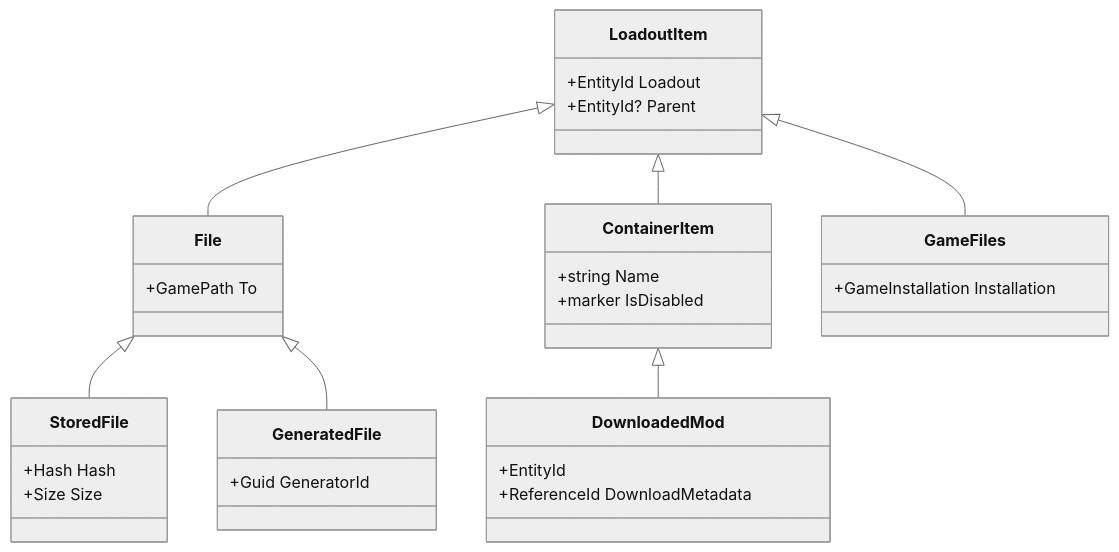
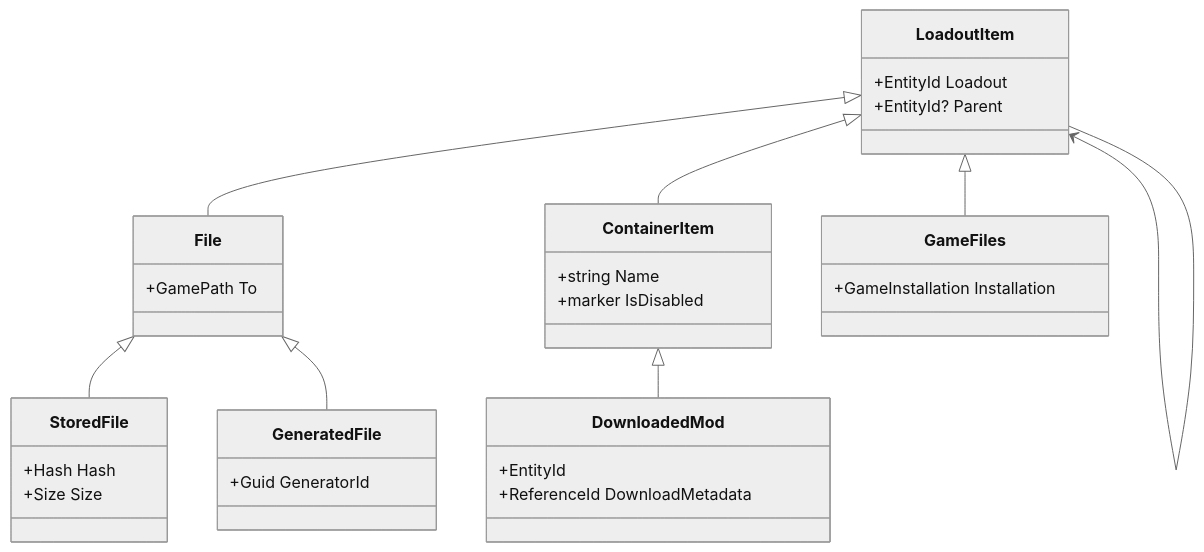
Before and after one commit to Nexus-Mods/NexusMods.App: the diagram in docs/developers/decisions/backend/0014-loadout-items.md, drawn with Mermaid (neutral theme).

Commit message:
Make loadout item recursive so it's clear what's happening

````diff
--- a/docs/developers/decisions/backend/0014-loadout-items.md
+++ b/docs/developers/decisions/backend/0014-loadout-items.md
@@ -28,44 +28,45 @@
 ```mermaid
 
 classDiagram
     class LoadoutItem {
         +EntityId Loadout
         +EntityId? Parent
     }
     
 
     class File {
         +GamePath To
     }
 
     class StoredFile {
         +Hash Hash
         +Size Size
     }
 
     class GeneratedFile {
         +Guid GeneratorId
     }
     
     class ContainerItem {
         +string Name
         +marker IsDisabled
     }
     
     class DownloadedMod {
         +EntityId
         +ReferenceId DownloadMetadata
     }
     
     class GameFiles {
          +GameInstallation Installation
     }
 
     LoadoutItem <|-- File
     File <|-- StoredFile
     File <|-- GeneratedFile
     ContainerItem <|-- DownloadedMod
     LoadoutItem <|-- GameFiles
     LoadoutItem <|-- ContainerItem
+    LoadoutItem <-- LoadoutItem
 
 ```
````
